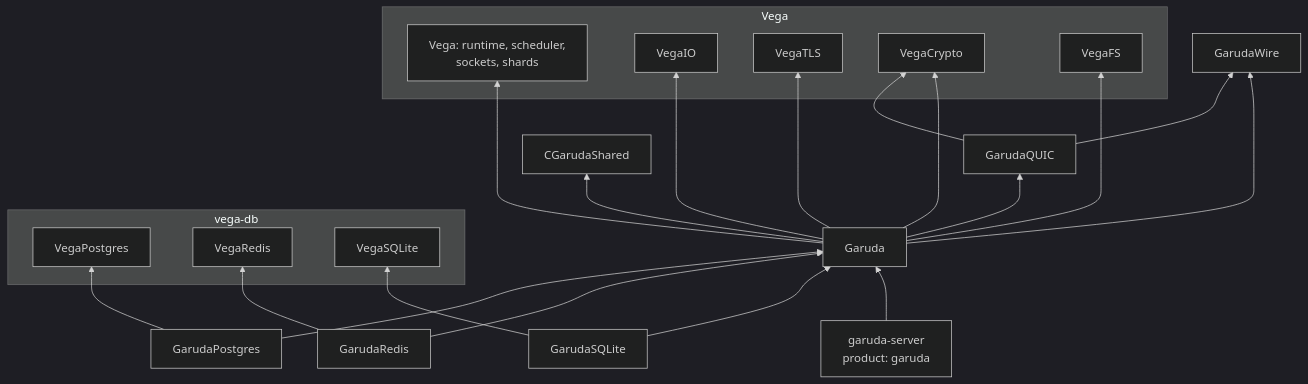
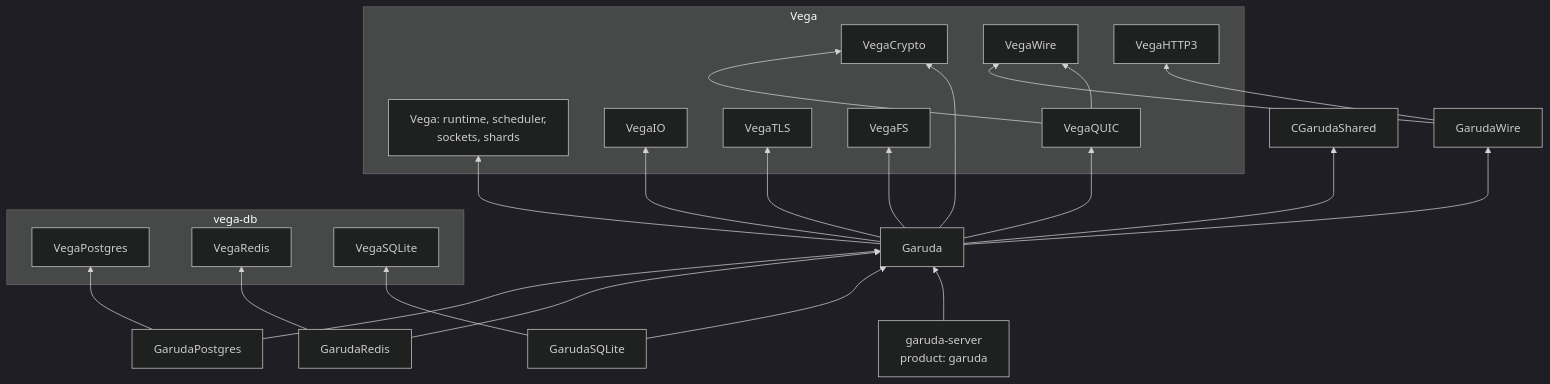
One commit to grepjava/garuda changed the first of 3 diagrams in ARCHITECTURE.md. Above: the diagram before and after it, drawn with Mermaid (dark theme). The commit also changed other lines of this file and 52 other files, not shown here.

Commit message:
QUIC, HTTP/3's framing and QPACK, HPACK and the WebSocket frames come from Vega 0.5 (VegaQUIC, VegaHTTP3, VegaWire), and GarudaWire re-exports them; vega-db 0.2.5; the README and release notes call 2.0.0 released

````diff
--- a/ARCHITECTURE.md
+++ b/ARCHITECTURE.md
@@ -37,29 +37,31 @@
 ```mermaid
 flowchart BT
     subgraph vega[Vega]
         Vega[Vega: runtime, scheduler,<br/>sockets, shards]
         VegaIO
         VegaTLS
         VegaCrypto
         VegaFS
+        VegaWire
+        VegaHTTP3
+        VegaQUIC
     end
     subgraph vegadb[vega-db]
         VegaPostgres
         VegaRedis
         VegaSQLite
     end
-    Wire[GarudaWire]
-    QUIC[GarudaQUIC] --> Wire
-    QUIC --> VegaCrypto
+    Wire[GarudaWire] --> VegaWire & VegaHTTP3
+    VegaQUIC --> VegaWire & VegaCrypto
     Garuda --> Wire
-    Garuda --> QUIC
+    Garuda --> VegaQUIC
     Garuda --> CGarudaShared
     Garuda --> Vega & VegaIO & VegaTLS & VegaCrypto & VegaFS
     GP[GarudaPostgres] --> Garuda
     GP --> VegaPostgres
     GR[GarudaRedis] --> Garuda
     GR --> VegaRedis
     GS[GarudaSQLite] --> Garuda
     GS --> VegaSQLite
     server["garuda-server<br/>product: garuda"] --> Garuda
 ```
````
